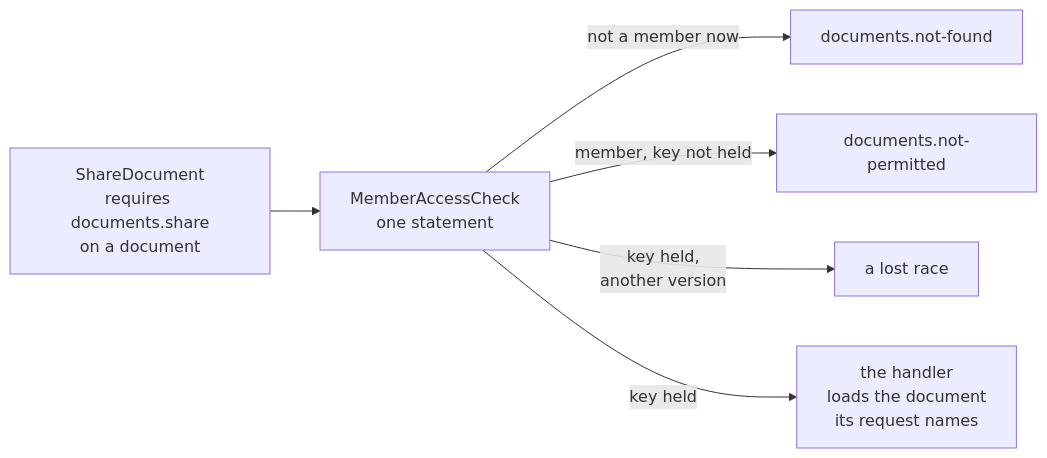
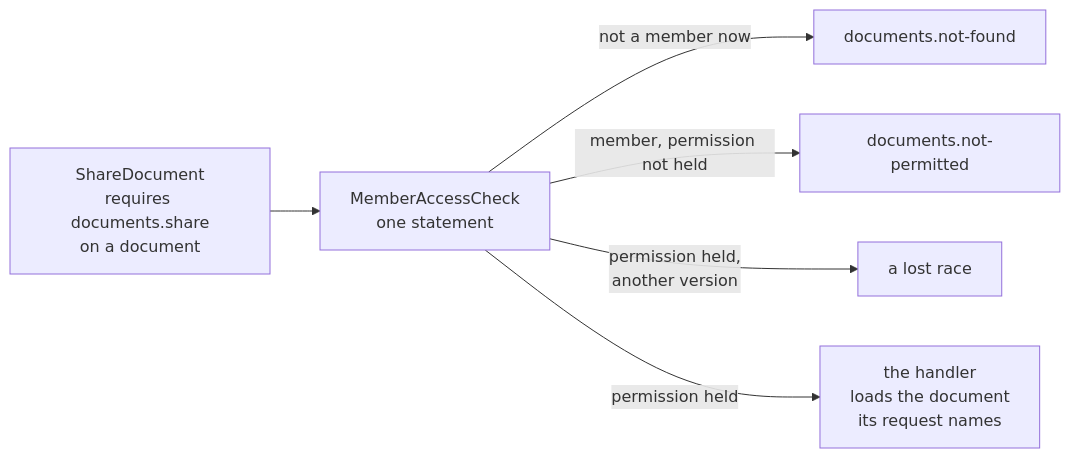
Before and after one commit to DylanSnel/DDDToolkit: the first of 6 diagrams in docs/membership.md, drawn with Mermaid. The commit also changed other lines of this file and 752 other files, not shown here.

````diff
--- a/docs/membership.md
+++ b/docs/membership.md
@@ -257,8 +257,8 @@
 ```mermaid
 flowchart LR
     Request["ShareDocument<br/>requires documents.share<br/>on a document"] --> Check["MemberAccessCheck<br/>one statement"]
     Check -- "not a member now" --> NotFound["documents.not-found"]
-    Check -- "member, key not held" --> NotPermitted["documents.not-permitted"]
-    Check -- "key held,<br/>another version" --> Lost["a lost race"]
-    Check -- "key held" --> Handler["the handler<br/>loads the document<br/>its request names"]
+    Check -- "member, permission not held" --> NotPermitted["documents.not-permitted"]
+    Check -- "permission held,<br/>another version" --> Lost["a lost race"]
+    Check -- "permission held" --> Handler["the handler<br/>loads the document<br/>its request names"]
 ```
````
